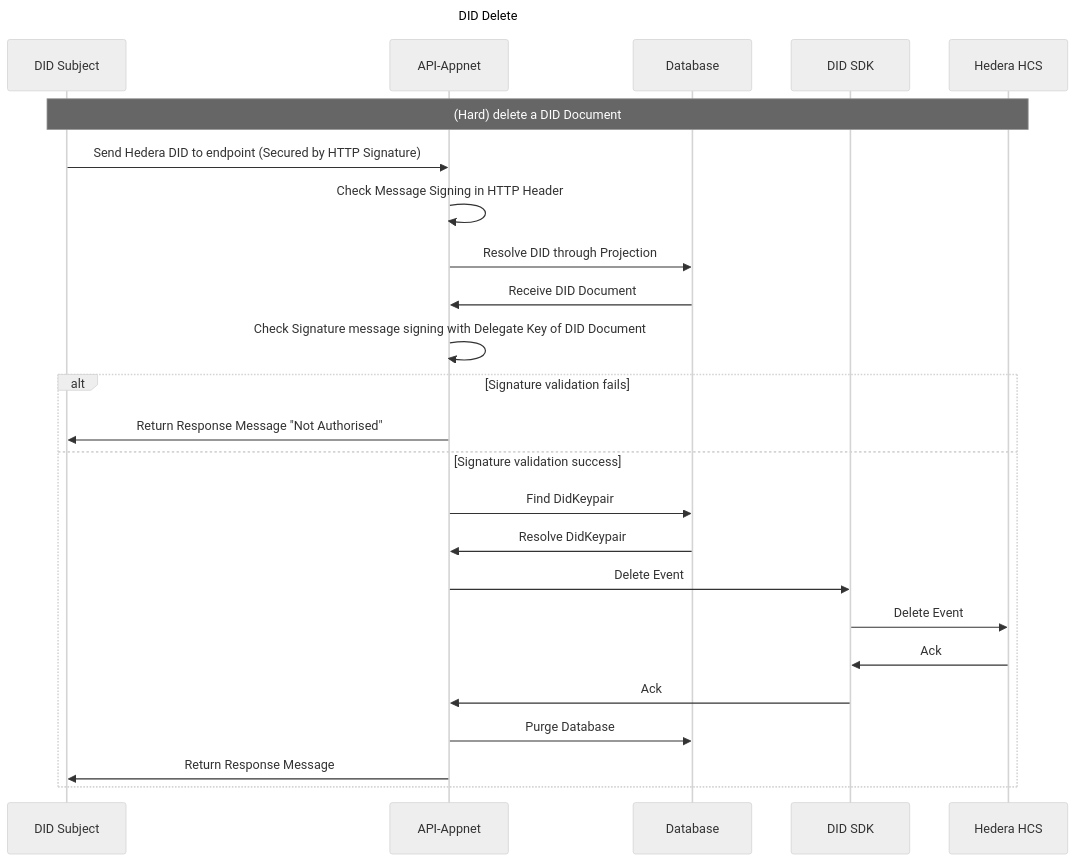
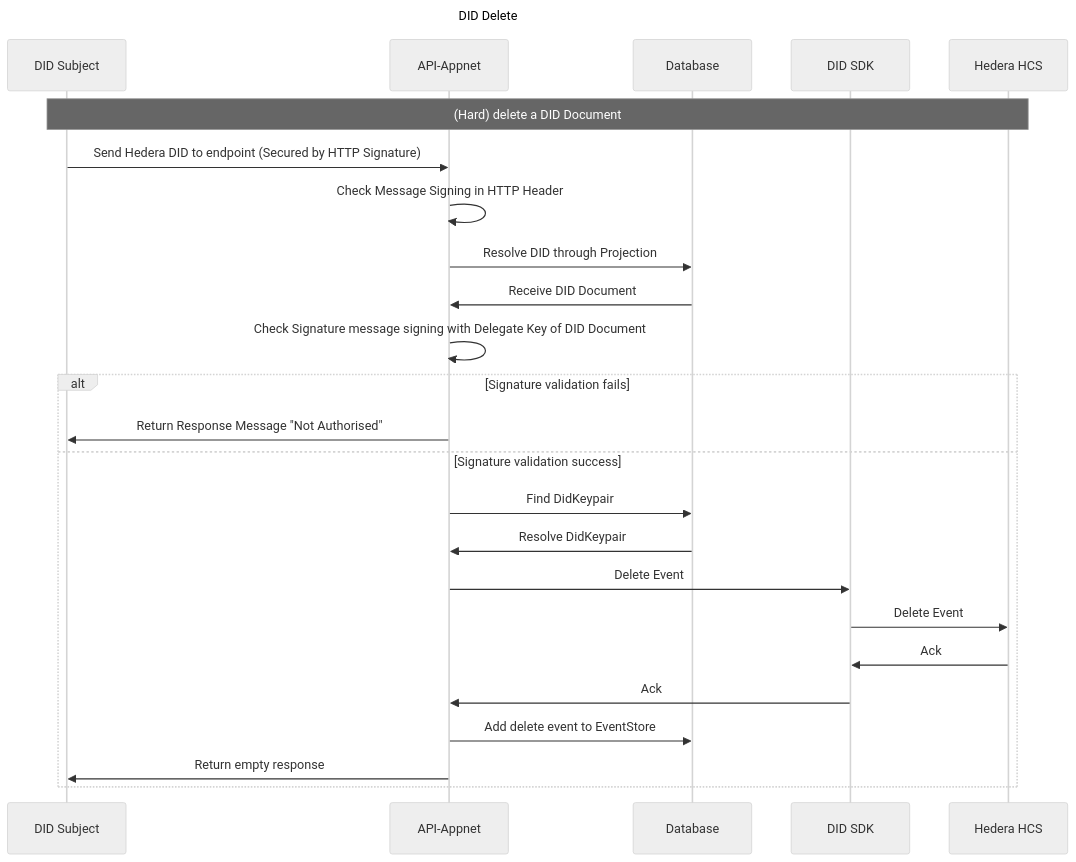
Before and after one commit to Meeco/hedera-did-identity-network: the diagram in documentation/diagrams/did-delete.mmd, drawn with Mermaid (neutral theme). The commit also changed 7 other files, not shown here.

Commit message:
Diagram updates

```diff
--- a/documentation/diagrams/did-delete.mmd
+++ b/documentation/diagrams/did-delete.mmd
@@ -1,27 +1,27 @@
 sequenceDiagram
 Title: DID Delete
 
 participant Subject as DID Subject
 participant API as API-Appnet
 participant Database as Database
 participant DIDSDK as DID SDK
 participant HCS as Hedera HCS
 
 note over Subject,HCS: (Hard) delete a DID Document
 Subject ->> API: Send Hedera DID to endpoint (Secured by HTTP Signature)
 API ->> API: Check Message Signing in HTTP Header
 API ->> Database: Resolve DID through Projection
 Database ->> API: Receive DID Document
 API ->> API: Check Signature message signing with Delegate Key of DID Document
 alt Signature validation fails
 API ->> Subject: Return Response Message "Not Authorised"
 else Signature validation success
 API ->> Database: Find DidKeypair
 Database ->> API: Resolve DidKeypair
 API ->> DIDSDK: Delete Event
 DIDSDK ->> HCS: Delete Event
 HCS ->> DIDSDK: Ack
 DIDSDK ->> API: Ack
-API ->> Database: Purge Database
-API ->> Subject: Return Response Message
+API ->> Database: Add delete event to EventStore
+API ->> Subject: Return empty response
 end
```
